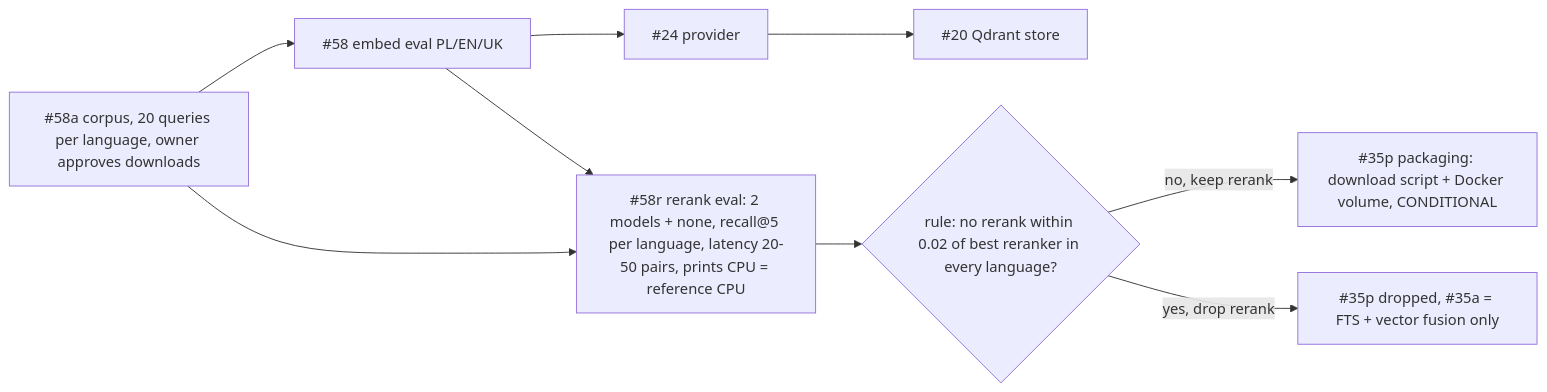
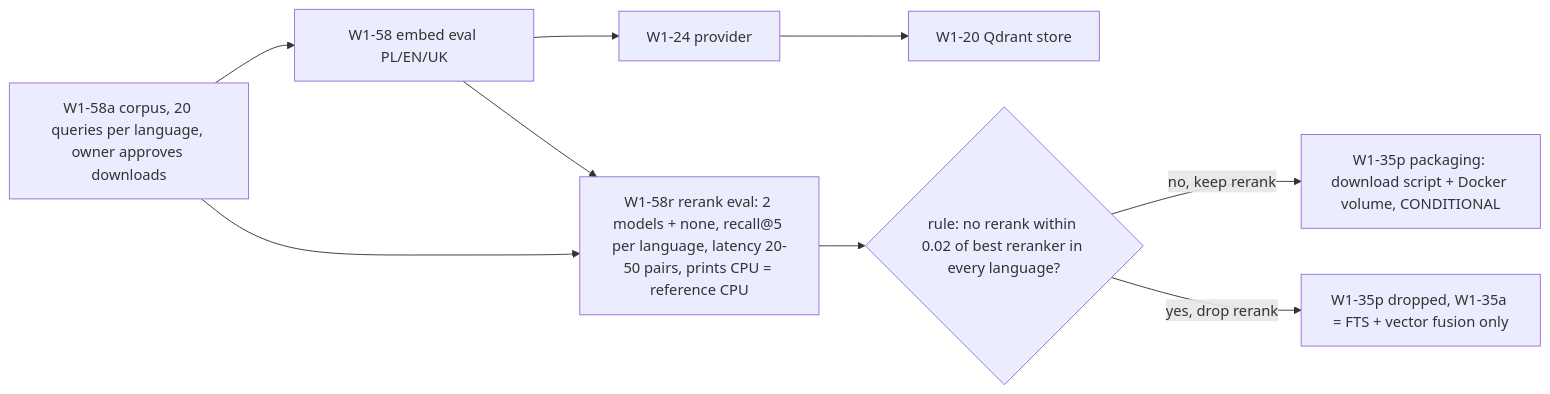
Before and after one commit to Stihotvor/law_by_ai: the fifth of 9 diagrams in docs/design/wave1-mvp/dag.md, drawn with Mermaid. The commit also changed other lines of this file and 15 other files, not shown here.

````diff
--- a/docs/design/wave1-mvp/dag.md
+++ b/docs/design/wave1-mvp/dag.md
@@ -190,8 +190,8 @@
 ```mermaid
 graph LR
-  CO[#58a corpus, 20 queries per language, owner approves downloads] --> EV[#58 embed eval PL/EN/UK] --> PR[#24 provider] --> QD[#20 Qdrant store]
-  EV --> RR[#58r rerank eval: 2 models + none, recall@5 per language, latency 20-50 pairs, prints CPU = reference CPU] --> RM{rule: no rerank within 0.02 of best reranker in every language?}
+  CO[W1-58a corpus, 20 queries per language, owner approves downloads] --> EV[W1-58 embed eval PL/EN/UK] --> PR[W1-24 provider] --> QD[W1-20 Qdrant store]
+  EV --> RR[W1-58r rerank eval: 2 models + none, recall@5 per language, latency 20-50 pairs, prints CPU = reference CPU] --> RM{rule: no rerank within 0.02 of best reranker in every language?}
   CO --> RR
-  RM -->|no, keep rerank| PK[#35p packaging: download script + Docker volume, CONDITIONAL]
-  RM -->|yes, drop rerank| DR[#35p dropped, #35a = FTS + vector fusion only]
+  RM -->|no, keep rerank| PK[W1-35p packaging: download script + Docker volume, CONDITIONAL]
+  RM -->|yes, drop rerank| DR[W1-35p dropped, W1-35a = FTS + vector fusion only]
 ```
````
